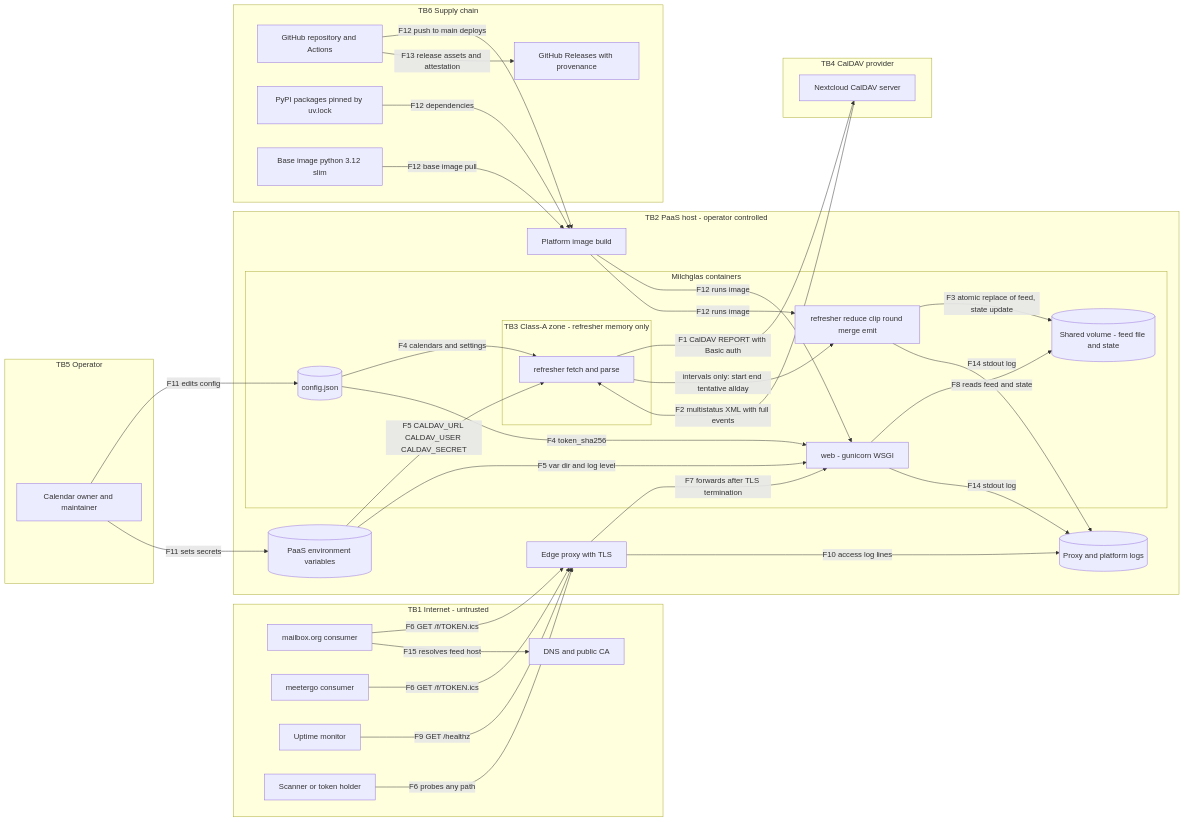
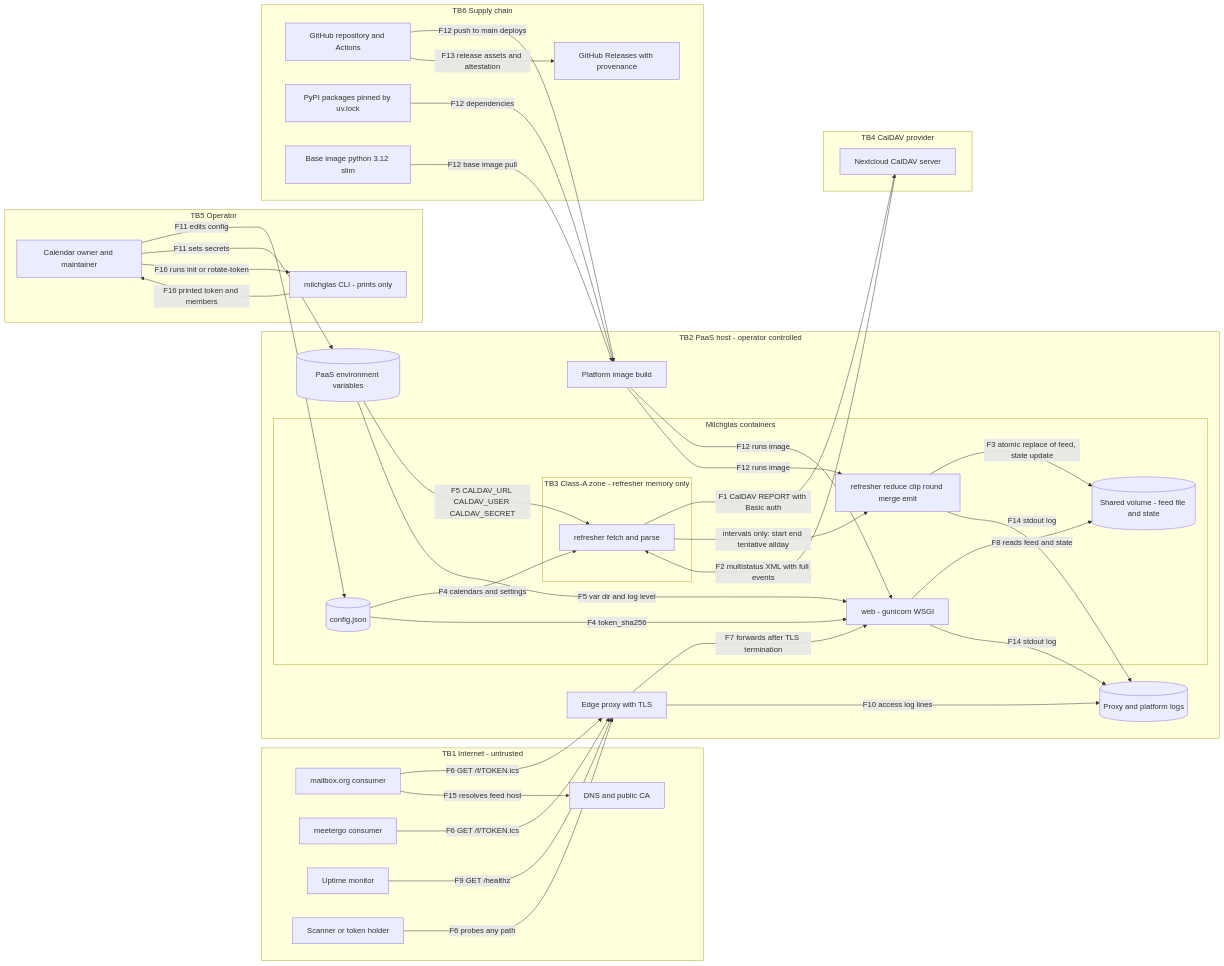
Before and after one commit to Prism-Purpose-Pace/milchglas: the diagram in docs/threat-model.md, drawn with Mermaid. The commit also changed other lines of this file, not shown here.

````diff
--- a/docs/threat-model.md
+++ b/docs/threat-model.md
@@ -102,63 +102,66 @@
 ```mermaid
 flowchart LR
     subgraph TB1["TB1 Internet - untrusted"]
         mbx["mailbox.org consumer"]
         mtg["meetergo consumer"]
         mon["Uptime monitor"]
         anon["Scanner or token holder"]
         dns["DNS and public CA"]
     end
     subgraph TB2["TB2 PaaS host - operator controlled"]
         proxy["Edge proxy with TLS"]
         logs[("Proxy and platform logs")]
         envs[("PaaS environment variables")]
         build["Platform image build"]
         subgraph APP["Milchglas containers"]
             subgraph TB3["TB3 Class-A zone - refresher memory only"]
                 fetch["refresher fetch and parse"]
             end
             reduce["refresher reduce clip round merge emit"]
             web["web - gunicorn WSGI"]
             vol[("Shared volume - feed file and state")]
             cfg[("config.json")]
         end
     end
     subgraph TB4["TB4 CalDAV provider"]
         nc["Nextcloud CalDAV server"]
     end
     subgraph TB5["TB5 Operator"]
         op["Calendar owner and maintainer"]
+        cli["milchglas CLI - prints only"]
     end
     subgraph TB6["TB6 Supply chain"]
         gh["GitHub repository and Actions"]
         pypi["PyPI packages pinned by uv.lock"]
         img["Base image python 3.12 slim"]
         rel["GitHub Releases with provenance"]
     end
     fetch -- "F1 CalDAV REPORT with Basic auth" --> nc
     nc -- "F2 multistatus XML with full events" --> fetch
     fetch -- "intervals only: start end tentative allday" --> reduce
     reduce -- "F3 atomic replace of feed, state update" --> vol
     cfg -- "F4 calendars and settings" --> fetch
     cfg -- "F4 token_sha256" --> web
     envs -- "F5 CALDAV_URL CALDAV_USER CALDAV_SECRET" --> fetch
     envs -- "F5 var dir and log level" --> web
     mbx -- "F6 GET /f/TOKEN.ics" --> proxy
     mtg -- "F6 GET /f/TOKEN.ics" --> proxy
     anon -- "F6 probes any path" --> proxy
     mon -- "F9 GET /healthz" --> proxy
     proxy -- "F7 forwards after TLS termination" --> web
     web -- "F8 reads feed and state" --> vol
     proxy -- "F10 access log lines" --> logs
     reduce -- "F14 stdout log" --> logs
     web -- "F14 stdout log" --> logs
     op -- "F11 edits config" --> cfg
     op -- "F11 sets secrets" --> envs
+    op -- "F16 runs init or rotate-token" --> cli
+    cli -- "F16 printed token and members" --> op
     gh -- "F12 push to main deploys" --> build
     pypi -- "F12 dependencies" --> build
     img -- "F12 base image pull" --> build
     build -- "F12 runs image" --> web
     build -- "F12 runs image" --> reduce
     gh -- "F13 release assets and attestation" --> rel
     mbx -- "F15 resolves feed host" --> dns
 ```
````
